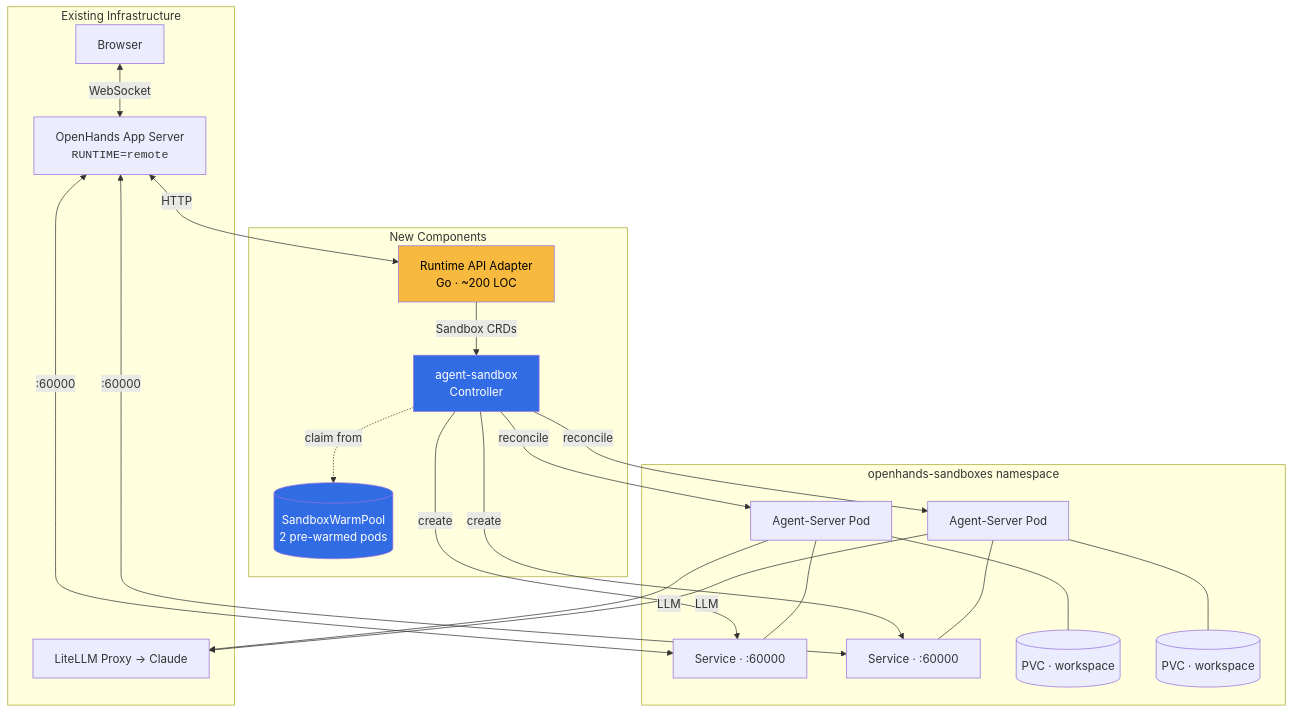
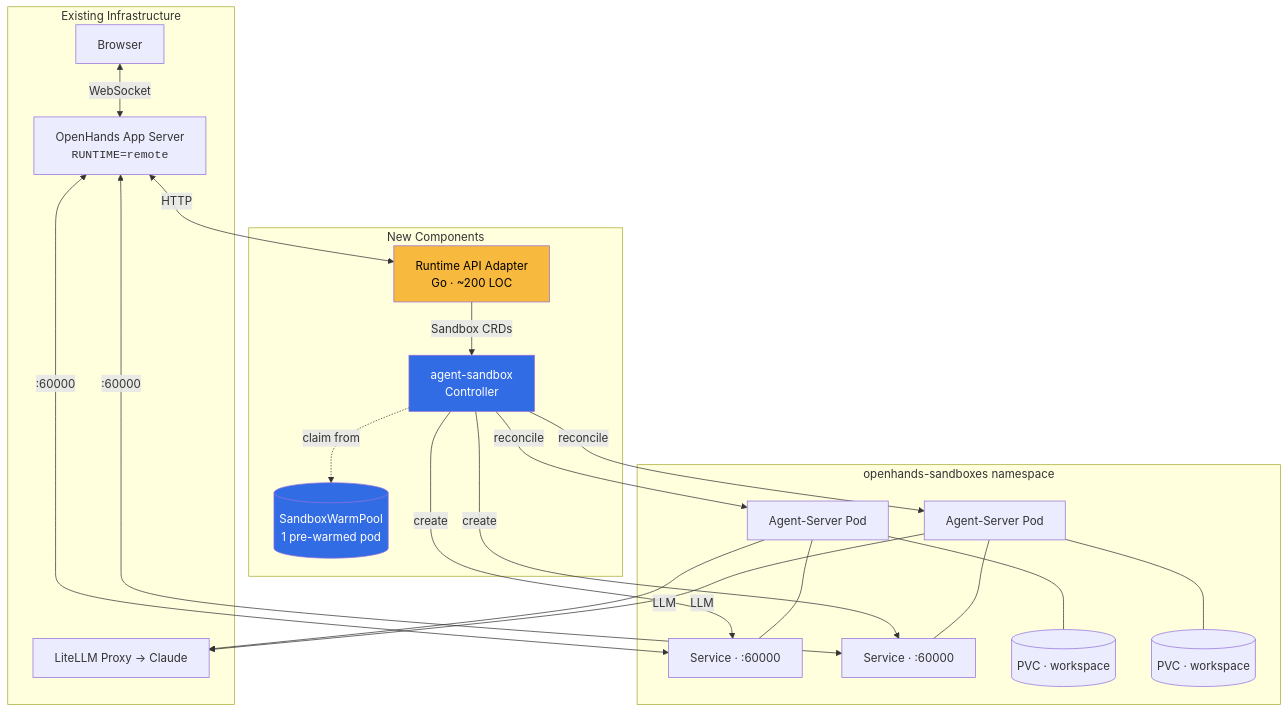
The first of 2 diagrams in architecture/rfcs/openhands-agent-sandbox.md (jomcgi/homelab), drawn with Mermaid before and after one commit. The commit also changed other lines of this file, not shown here.

First line of the commit message:
fix(rfc): address PR review feedback on agent-sandbox RFC

````diff
--- a/architecture/rfcs/openhands-agent-sandbox.md
+++ b/architecture/rfcs/openhands-agent-sandbox.md
@@ -34,40 +34,40 @@
 ```mermaid
 graph TB
     subgraph "Existing Infrastructure"
         Browser["Browser"]
         AppServer["OpenHands App Server<br/><code>RUNTIME=remote</code>"]
         LLM["LiteLLM Proxy → Claude"]
     end
 
     subgraph "New Components"
         Adapter["Runtime API Adapter<br/>Go · ~200 LOC"]
         Controller["agent-sandbox<br/>Controller"]
-        WarmPool[("SandboxWarmPool<br/>2 pre-warmed pods")]
+        WarmPool[("SandboxWarmPool<br/>1 pre-warmed pod")]
     end
 
     subgraph "openhands-sandboxes namespace"
         Pod1["Agent-Server Pod"]
         Pod2["Agent-Server Pod"]
         Svc1["Service · :60000"]
         Svc2["Service · :60000"]
         PVC1[("PVC · workspace")]
         PVC2[("PVC · workspace")]
     end
 
     Browser <-->|WebSocket| AppServer
     AppServer <-->|HTTP| Adapter
     Adapter -->|"Sandbox CRDs"| Controller
     Controller -->|reconcile| Pod1 & Pod2
     Controller -->|create| Svc1 & Svc2
     Controller -.->|claim from| WarmPool
     Pod1 --- Svc1
     Pod2 --- Svc2
     Pod1 --- PVC1
     Pod2 --- PVC2
     AppServer <-->|":60000"| Svc1 & Svc2
     Pod1 & Pod2 -->|LLM| LLM
 
     style Adapter fill:#F7B93E,color:#000
     style Controller fill:#326CE5,color:#fff
     style WarmPool fill:#326CE5,color:#fff
 ```
````
